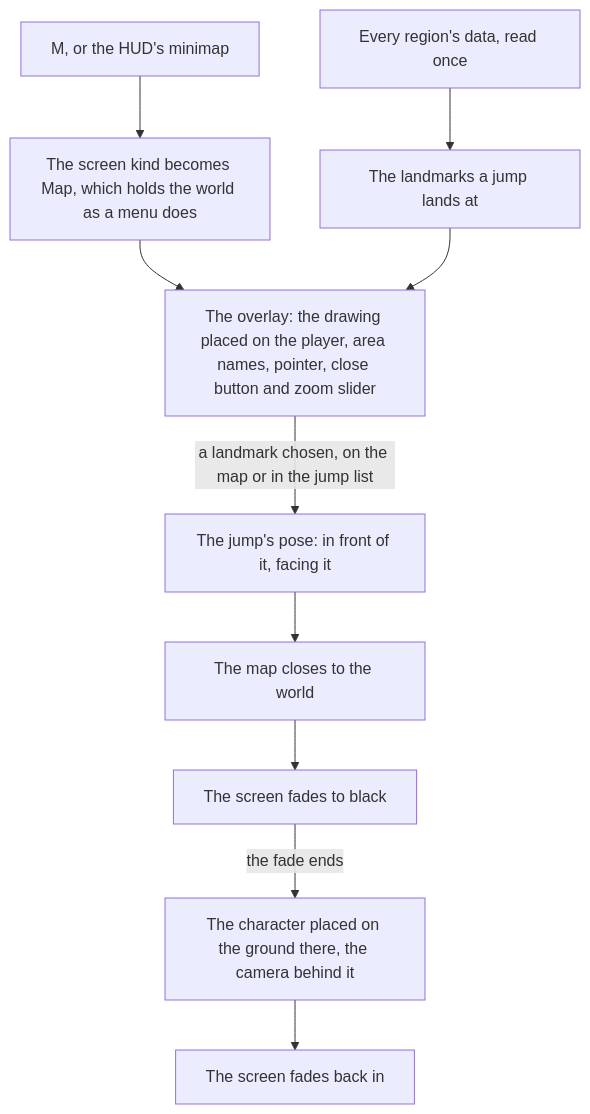
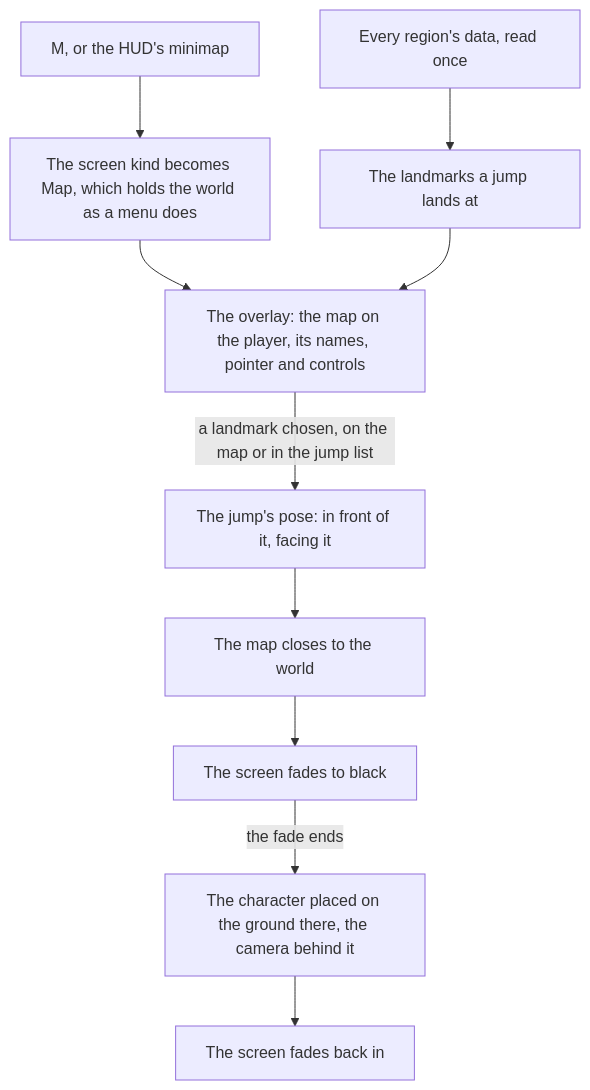
One commit to Esposter/Esposter changed the diagram in apps/web/content/docs/genshin/map.md. Above: the diagram before and after it, drawn with Mermaid.

Commit message:
docs(genshin): the map's overlay label fits a name and one qualifier, its names, pointer and controls kept
Claude-Session: https://claude.ai/code/session_01G7vjWfdLPLc2TiVG7vjBEM

````diff
--- a/apps/web/content/docs/genshin/map.md
+++ b/apps/web/content/docs/genshin/map.md
@@ -12,12 +12,12 @@
 ```mermaid
 flowchart TD
   M["M, or the HUD's minimap"] --> SCR["The screen kind becomes Map, which holds the world as a menu does"]
-  SCR --> OV["The overlay: the drawing placed on the player, area names, pointer, close button and zoom slider"]
+  SCR --> OV["The overlay: the map on the player, its names, pointer and controls"]
   REG["Every region's data, read once"] --> LM["The landmarks a jump lands at"]
   LM --> OV
   OV -->|"a landmark chosen, on the map or in the jump list"| POSE["The jump's pose: in front of it, facing it"]
   POSE --> CLOSE["The map closes to the world"]
   CLOSE --> FADE["The screen fades to black"]
   FADE -->|"the fade ends"| PLACE["The character placed on the ground there, the camera behind it"]
   PLACE --> IN["The screen fades back in"]
 ```
````
